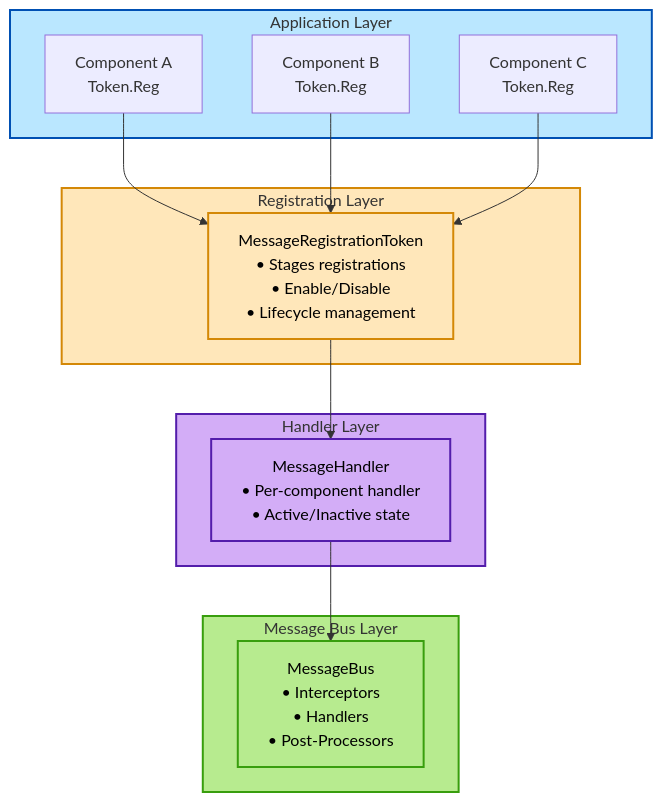
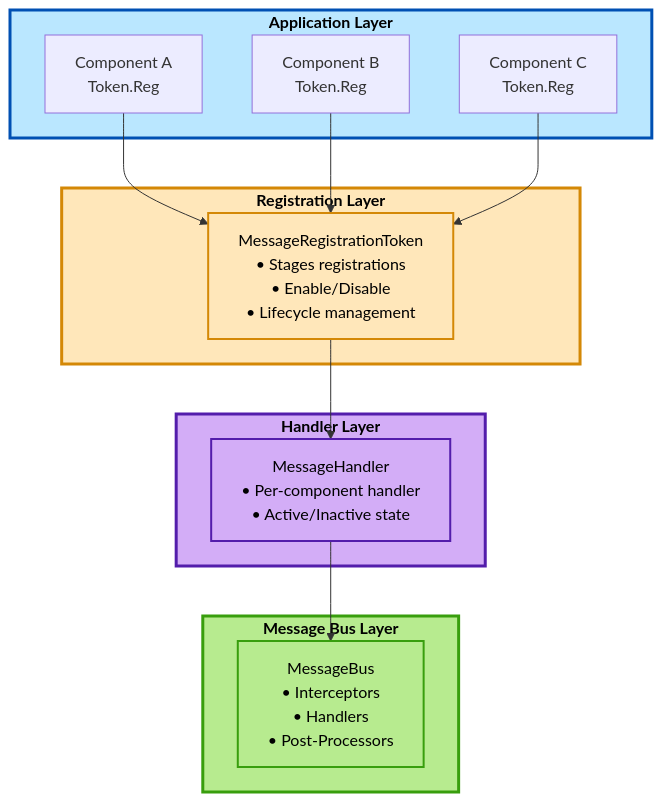
Before and after one commit to wallstop/DxMessaging: the diagram in Docs/DesignAndArchitecture.md, drawn with Mermaid. The commit also changed 1 other file, not shown here.

Commit message:
Updated diagrams

````diff
--- a/Docs/DesignAndArchitecture.md
+++ b/Docs/DesignAndArchitecture.md
@@ -52,34 +52,34 @@
 ```mermaid
 flowchart TB
-    subgraph App[Application Layer]
+    subgraph App["<b>Application Layer</b>"]
         CompA[Component A<br/>Token.Reg]
         CompB[Component B<br/>Token.Reg]
         CompC[Component C<br/>Token.Reg]
     end
 
-    subgraph Token[Registration Layer]
+    subgraph Token["<b>Registration Layer</b>"]
         MRT[MessageRegistrationToken<br/>• Stages registrations<br/>• Enable/Disable<br/>• Lifecycle management]
     end
 
-    subgraph Handler[Handler Layer]
+    subgraph Handler["<b>Handler Layer</b>"]
         MH[MessageHandler<br/>• Per-component handler<br/>• Active/Inactive state]
     end
 
-    subgraph Bus[Message Bus Layer]
+    subgraph Bus["<b>Message Bus Layer</b>"]
         MB[MessageBus<br/>• Interceptors<br/>• Handlers<br/>• Post-Processors]
     end
 
     CompA --> MRT
     CompB --> MRT
     CompC --> MRT
     MRT --> MH
     MH --> MB
 
-    style App fill:#bae7ff,stroke:#0050b3,stroke-width:2px
-    style Token fill:#ffe7ba,stroke:#d48806,stroke-width:2px
-    style Handler fill:#d3adf7,stroke:#531dab,stroke-width:2px
-    style Bus fill:#b7eb8f,stroke:#389e0d,stroke-width:2px
+    style App fill:#bae7ff,stroke:#0050b3,stroke-width:3px,color:#000
+    style Token fill:#ffe7ba,stroke:#d48806,stroke-width:3px,color:#000
+    style Handler fill:#d3adf7,stroke:#531dab,stroke-width:3px,color:#000
+    style Bus fill:#b7eb8f,stroke:#389e0d,stroke-width:3px,color:#000
     style MRT fill:#ffe7ba,stroke:#d48806,stroke-width:2px,color:#000
     style MH fill:#d3adf7,stroke:#531dab,stroke-width:2px,color:#000
     style MB fill:#b7eb8f,stroke:#389e0d,stroke-width:2px,color:#000
 ```
````
